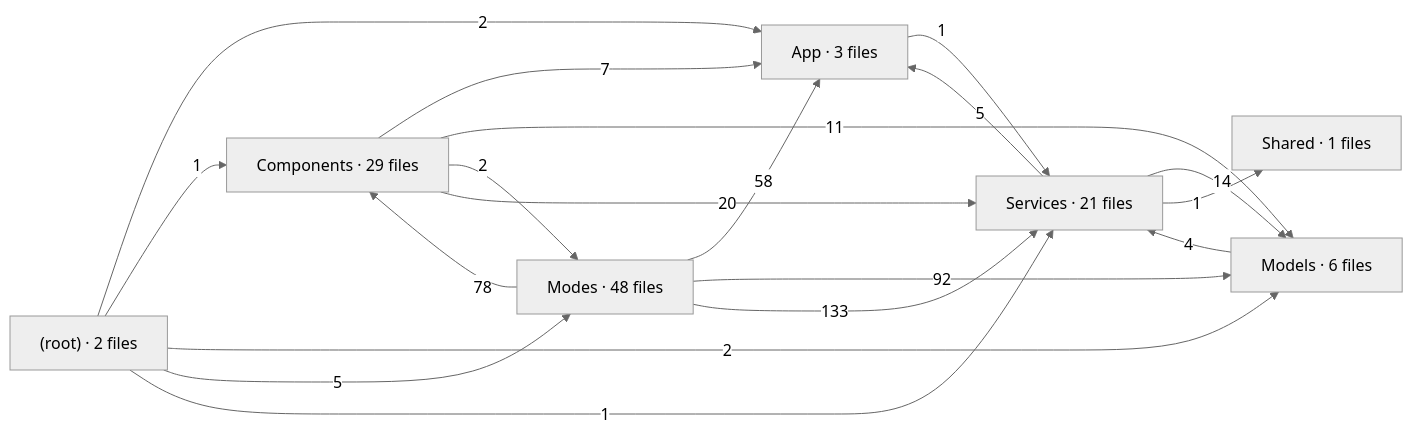
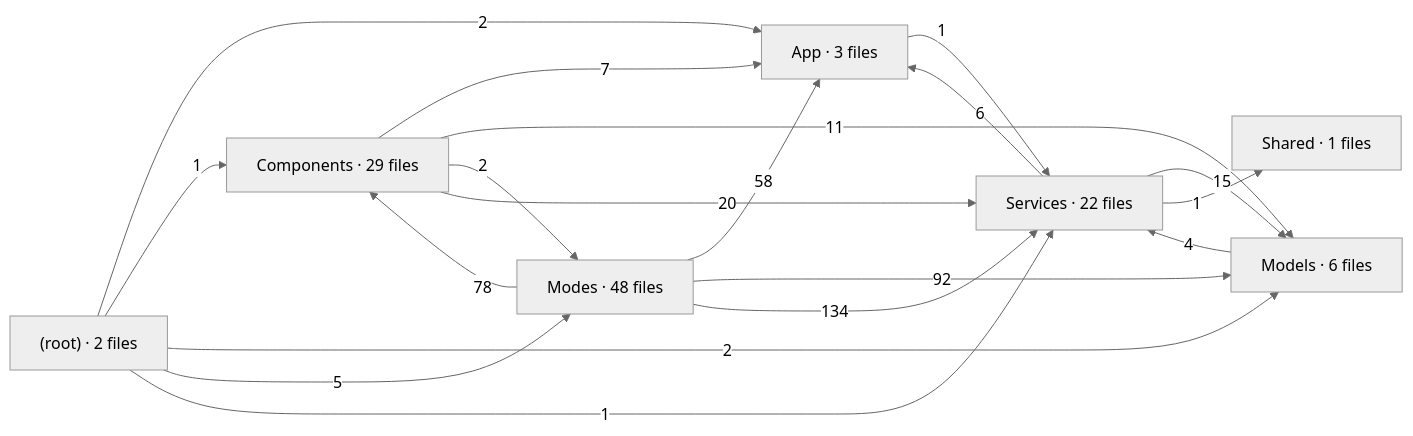
One commit to krocx/spatial-tapgging-app changed the diagram in docs/architecture/deps-app.mmd. Above: the diagram before and after it, drawn with Mermaid (neutral theme). The commit also changed 7 other files, not shown here.

```diff
--- a/docs/architecture/deps-app.mmd
+++ b/docs/architecture/deps-app.mmd
@@ -1,28 +1,28 @@
 %% generated by scripts/arch-graph.mjs - do not edit
 flowchart LR
   %% ios-app - type references between folders (edge label = number of references)
   F__["(root) · 2 files"]
   F_App["App · 3 files"]
   F_Components["Components · 29 files"]
   F_Models["Models · 6 files"]
   F_Modes["Modes · 48 files"]
-  F_Services["Services · 21 files"]
+  F_Services["Services · 22 files"]
   F_Shared["Shared · 1 files"]
   F__ -->|2| F_App
   F__ -->|1| F_Components
   F__ -->|2| F_Models
   F__ -->|5| F_Modes
   F__ -->|1| F_Services
   F_App -->|1| F_Services
   F_Components -->|7| F_App
   F_Components -->|11| F_Models
   F_Components -->|2| F_Modes
   F_Components -->|20| F_Services
   F_Models -->|4| F_Services
   F_Modes -->|58| F_App
   F_Modes -->|78| F_Components
   F_Modes -->|92| F_Models
-  F_Modes -->|133| F_Services
-  F_Services -->|5| F_App
-  F_Services -->|14| F_Models
+  F_Modes -->|134| F_Services
+  F_Services -->|6| F_App
+  F_Services -->|15| F_Models
   F_Services -->|1| F_Shared
```
